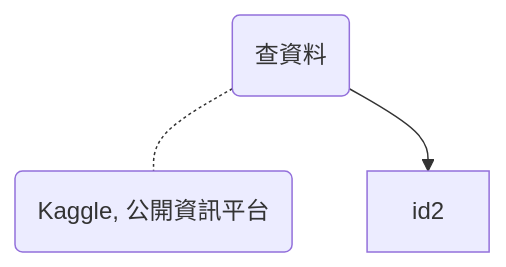
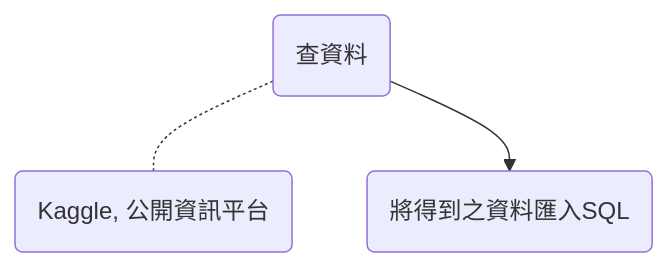
The diagram in Zettelkasten/自主學習計畫-塞車模型.md (Ethane1755/Obsidian), drawn with Mermaid before and after one commit.

Commit message:
Obsidian Backup 2021-09-08 21:41

````diff
--- a/Zettelkasten/自主學習計畫-塞車模型.md
+++ b/Zettelkasten/自主學習計畫-塞車模型.md
@@ -28,5 +28,5 @@
 ```mermaid
 graph TD
 id1(查資料)-.-id1.5(Kaggle, 公開資訊平台)
-id1-->id2
+id1-->id2(將得到之資料匯入SQL)
 ```
````
